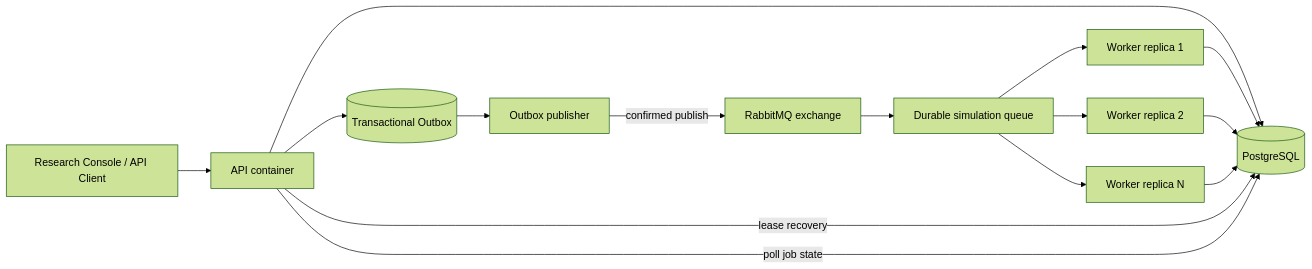
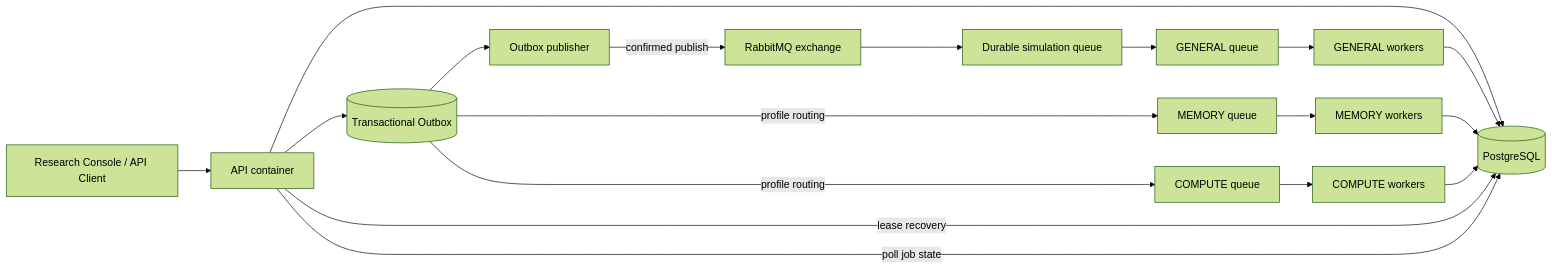
The diagram in docs/ARCHITECTURE.md (iamdatagabs/perfusion_lab), drawn with Mermaid (forest theme) before and after one commit. The commit also changed other lines of this file, not shown here.

```diff
--- a/docs/ARCHITECTURE.md
+++ b/docs/ARCHITECTURE.md
@@ -7,17 +7,20 @@
 ~~~mermaid
 flowchart LR
   Client[Research Console / API Client] --> API[API container]
   API --> DB[(PostgreSQL)]
   API --> O[(Transactional Outbox)]
   O --> PUB[Outbox publisher]
   PUB -->|confirmed publish| EX[RabbitMQ exchange]
   EX --> Q[Durable simulation queue]
-  Q --> W1[Worker replica 1]
-  Q --> W2[Worker replica 2]
-  Q --> WN[Worker replica N]
+  Q --> G[GENERAL queue]
+  O -->|profile routing| M[MEMORY queue]
+  O -->|profile routing| C[COMPUTE queue]
+  G --> W1[GENERAL workers]
+  M --> W2[MEMORY workers]
+  C --> WN[COMPUTE workers]
   W1 --> DB
   W2 --> DB
   WN --> DB
   API -->|lease recovery| DB
   API -->|poll job state| DB
 ~~~
```
